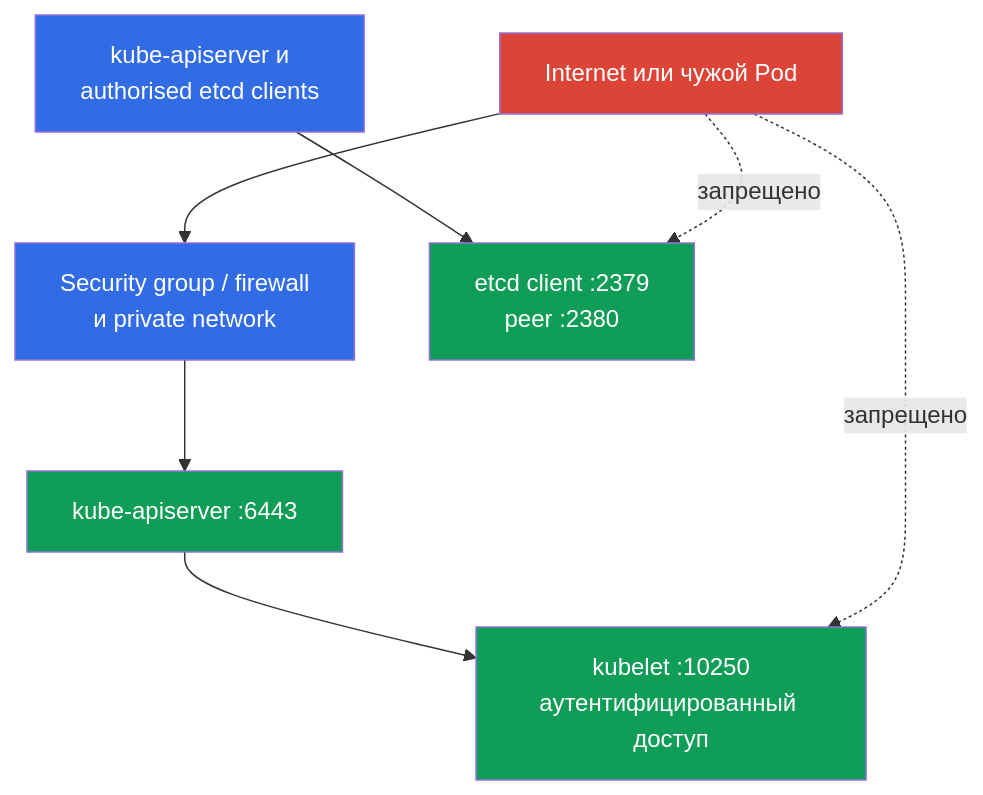
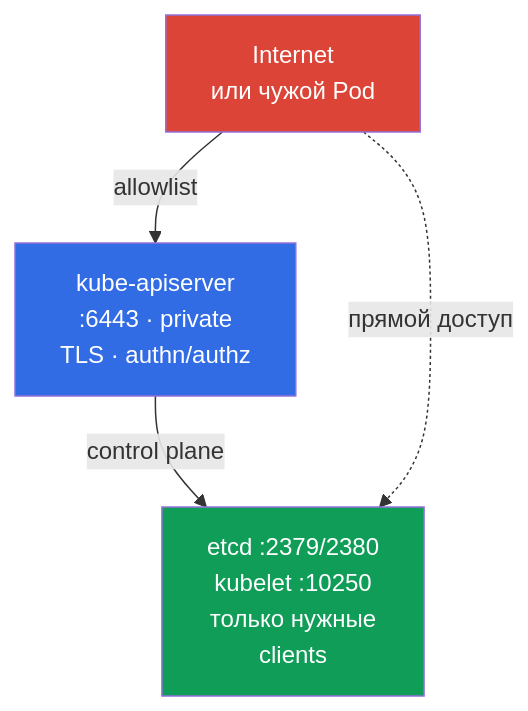
Before and after one commit to ViktorUJ/cks: the second of 2 diagrams in tasks/cks/course/05/ru.md, drawn with Mermaid. The commit also changed other lines of this file and 6 other files, not shown here.

````diff
--- a/tasks/cks/course/05/ru.md
+++ b/tasks/cks/course/05/ru.md
@@ -165,15 +169,14 @@
 ```mermaid
 flowchart TB
-    external["Internet или чужой Pod"] --> fw["Security group / firewall<br/>и private network"]
-    fw --> api["kube-apiserver :6443"]
-    cp["kube-apiserver и<br/>authorised etcd clients"] --> etcd["etcd client :2379<br/>peer :2380"]
-    api --> kubelet["kubelet :10250<br/>аутентифицированный доступ"]
-    external -. "запрещено" .-> etcd
-    external -. "запрещено" .-> kubelet
+    external["Internet<br/>или чужой Pod"]
+    api["kube-apiserver<br/>:6443 · private<br/>TLS · authn/authz"]
+    protected["etcd :2379/2380<br/>kubelet :10250<br/>только нужные<br/>clients"]
+
+    external -->|"allowlist"| api
+    api -->|"control plane"| protected
+    external -. "прямой доступ" .-> protected
+
     style external fill:#db4437,color:#fff
-    style fw fill:#326ce5,color:#fff
-    style api fill:#0f9d58,color:#fff
-    style cp fill:#326ce5,color:#fff
-    style etcd fill:#0f9d58,color:#fff
-    style kubelet fill:#0f9d58,color:#fff
+    style api fill:#326ce5,color:#fff
+    style protected fill:#0f9d58,color:#fff
 ```
````
